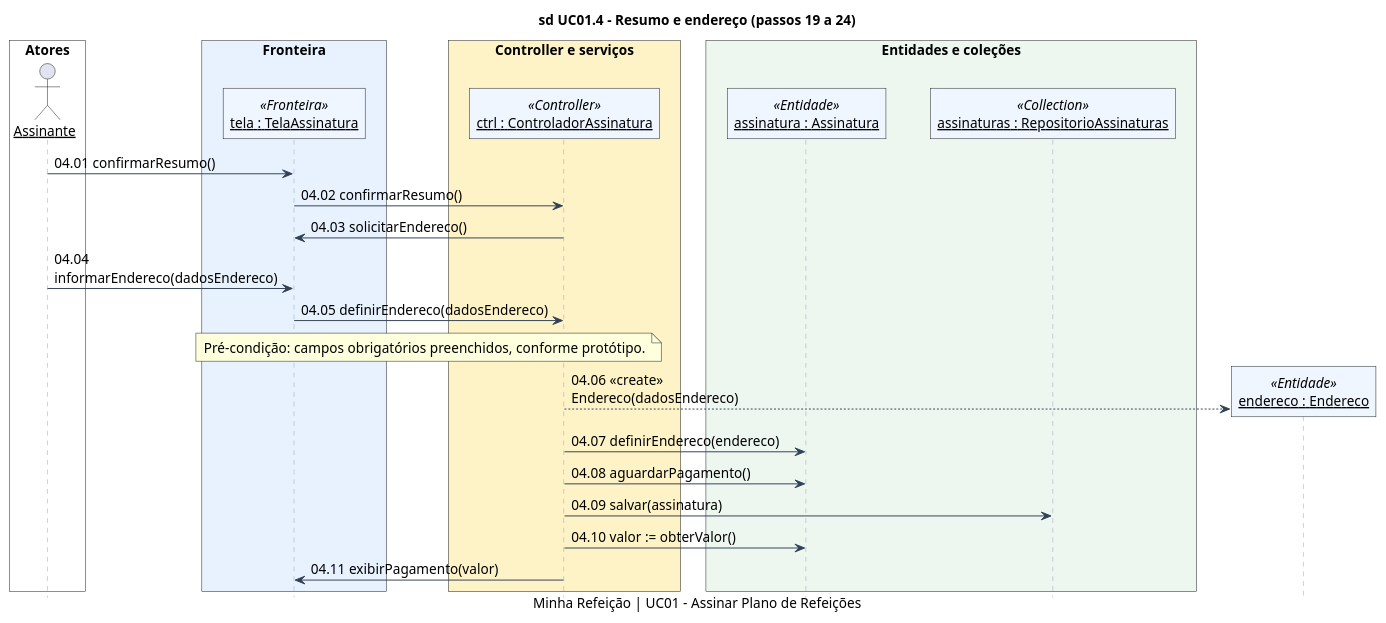
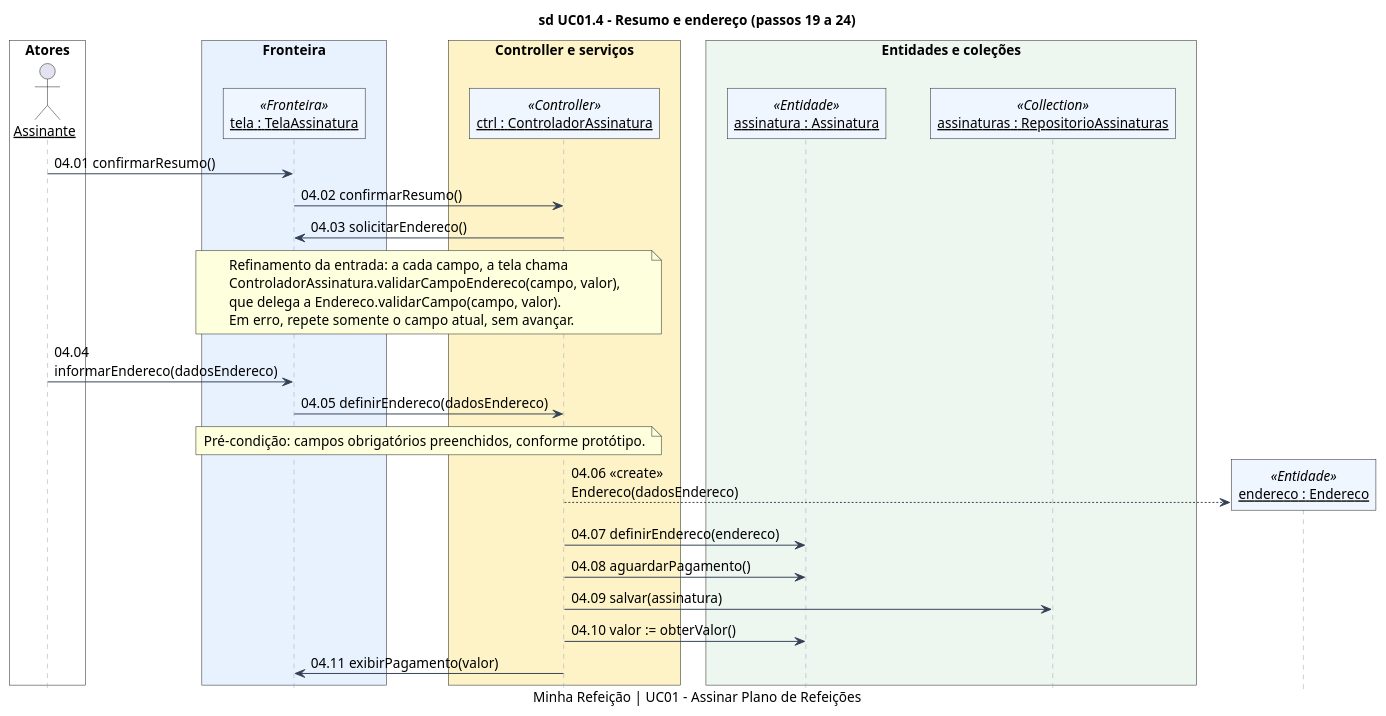
One commit to Felipevhonorato/ProjSoft-Entrega1---Prot-tipo-Sequencia-de-telas-e-Lista-de-classes-candidatas-Identificadas changed the fourth of 19 diagrams in entrega4/docs/uml/Modelos.md. Above: the diagram before and after it, drawn with PlantUML. The commit also changed other lines of this file, not shown here.

Commit message:
Sincroniza as fontes UML dos refinamentos de seleção e endereço

````diff
--- a/entrega4/docs/uml/Modelos.md
+++ b/entrega4/docs/uml/Modelos.md
@@ -239,51 +240,57 @@
 ```plantuml
 @startuml
 skinparam backgroundColor #FFFFFF
 skinparam defaultFontName Arial
 skinparam defaultFontSize 14
 skinparam shadowing false
 skinparam roundcorner 0
 skinparam ArrowColor #334155
 skinparam sequenceMessageAlign left
 skinparam sequenceParticipant underline
 skinparam maxMessageSize 260
 skinparam ParticipantPadding 18
 skinparam BoxPadding 12
 skinparam classAttributeIconSize 0
 skinparam classBackgroundColor #F8FAFC
 skinparam classBorderColor #475569
 skinparam sequenceLifeLineBorderColor #94A3B8
 skinparam sequenceParticipantBackgroundColor #EFF6FF
 skinparam sequenceGroupBackgroundColor #F8FAFC
 hide footbox
 
 title sd UC01.4 - Resumo e endereço (passos 19 a 24)
 caption Minha Refeição | UC01 - Assinar Plano de Refeições
 box "Atores" #FFFFFF
 actor "Assinante" as u
 end box
 box "Fronteira" #E8F2FF
 participant "tela : TelaAssinatura" as t <<Fronteira>>
 end box
 box "Controller e serviços" #FEF3C7
 participant "ctrl : ControladorAssinatura" as c <<Controller>>
 end box
 box "Entidades e coleções" #EDF7F0
 participant "assinatura : Assinatura" as s <<Entidade>>
 participant "assinaturas : RepositorioAssinaturas" as rs <<Collection>>
 end box
 u -> t : 04.01 confirmarResumo()
 t -> c : 04.02 confirmarResumo()
 c -> t : 04.03 solicitarEndereco()
+note over t,c
+Refinamento da entrada: a cada campo, a tela chama
+ControladorAssinatura.validarCampoEndereco(campo, valor),
+que delega a Endereco.validarCampo(campo, valor).
+Em erro, repete somente o campo atual, sem avançar.
+end note
 u -> t : 04.04 informarEndereco(dadosEndereco)
 t -> c : 04.05 definirEndereco(dadosEndereco)
 note over t,c : Pré-condição: campos obrigatórios preenchidos, conforme protótipo.
 create participant "endereco : Endereco" as e <<Entidade>>
 c --> e : 04.06 «create» Endereco(dadosEndereco)
 c -> s : 04.07 definirEndereco(endereco)
 c -> s : 04.08 aguardarPagamento()
 c -> rs : 04.09 salvar(assinatura)
 c -> s : 04.10 valor := obterValor()
 c -> t : 04.11 exibirPagamento(valor)
 @enduml
 ```
````
